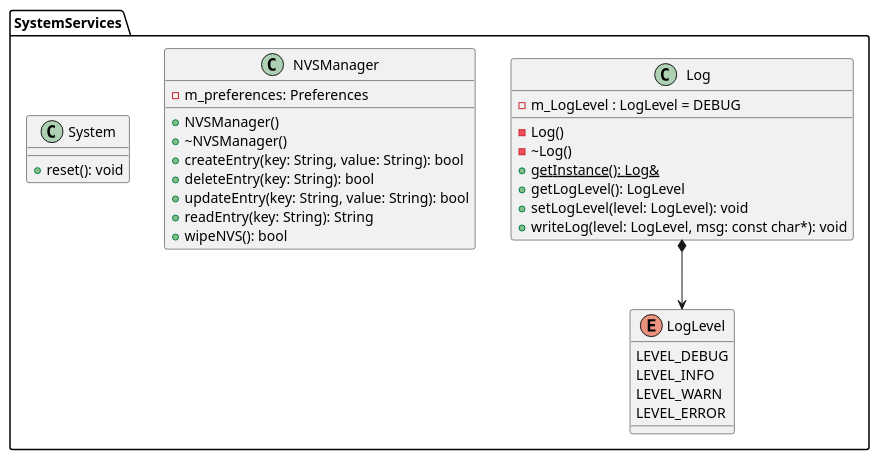
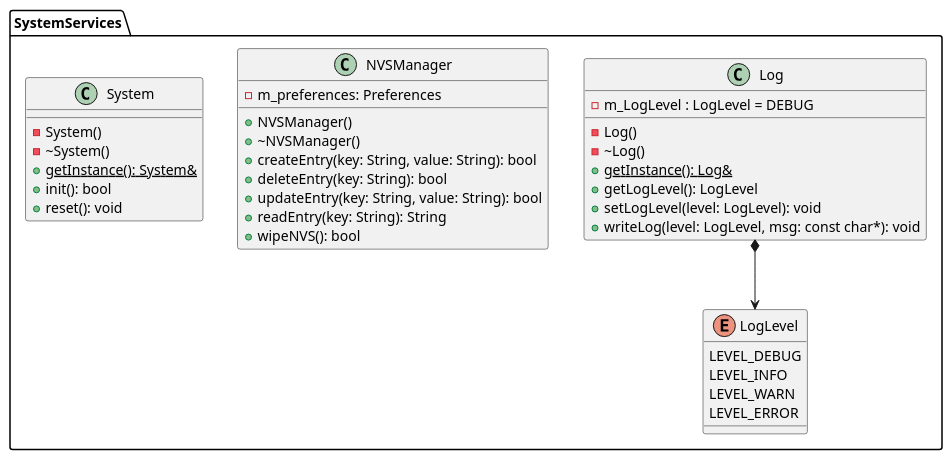
One commit to NewTec-GmbH/ZumoComSystem changed the diagram in doc/design/server/ClassDiagrams/05_SystemServices.plantuml. Above: the diagram before and after it, drawn with PlantUML. The commit also changed 2 other files, not shown here.

Commit message:
Update diagrams

```diff
--- a/doc/design/server/ClassDiagrams/05_SystemServices.plantuml
+++ b/doc/design/server/ClassDiagrams/05_SystemServices.plantuml
@@ -1,42 +1,46 @@
 @startuml
 package SystemServices {
     enum LogLevel
     {
         LEVEL_DEBUG
         LEVEL_INFO
         LEVEL_WARN
         LEVEL_ERROR
     }
 
     class Log
     {
         - m_LogLevel : LogLevel = DEBUG
 
         - Log()
         - ~Log()
         {static} + getInstance(): Log&
         + getLogLevel(): LogLevel
         + setLogLevel(level: LogLevel): void
         + writeLog(level: LogLevel, msg: const char*): void
     }
     Log *--> LogLevel
 
     class NVSManager
     {
         - m_preferences: Preferences
 
         + NVSManager()
         + ~NVSManager()
         + createEntry(key: String, value: String): bool
         + deleteEntry(key: String): bool
         + updateEntry(key: String, value: String): bool
         + readEntry(key: String): String
         + wipeNVS(): bool
     }
 
     class System
     {
+        - System()
+        - ~System()
+        + {static} getInstance(): System&
+        + init(): bool
         + reset(): void
     }
 }
 @enduml
```
